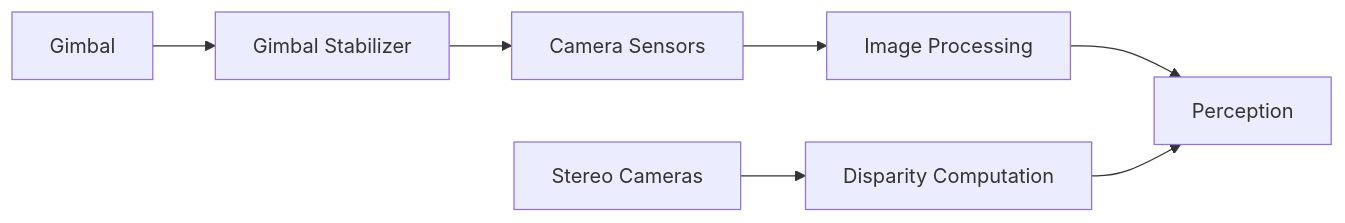
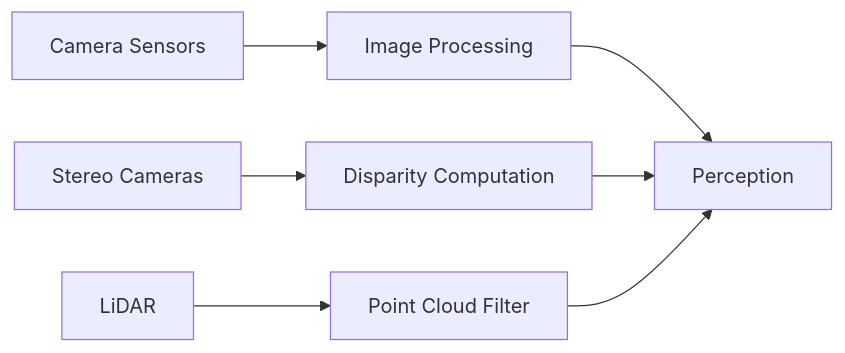
Before and after one commit to castacks/AirStack: the sixth of 14 diagrams in docs/robot/autonomy/system_architecture.md, drawn with Mermaid. The commit also changed other lines of this file and 597 other files, not shown here.

````diff
--- a/docs/robot/autonomy/system_architecture.md
+++ b/docs/robot/autonomy/system_architecture.md
@@ -180,10 +180,10 @@
 ```mermaid
 graph LR
     Camera[Camera Sensors] --> ImgProc[Image Processing]
     Stereo[Stereo Cameras] --> Disparity[Disparity Computation]
-    Gimbal[Gimbal] --> Stabilizer[Gimbal Stabilizer]
-    
+    LiDAR[LiDAR] --> Filter[Point Cloud Filter]
+
     ImgProc --> Perception
     Disparity --> Perception
-    Stabilizer --> Camera
+    Filter --> Perception
 ```
````
